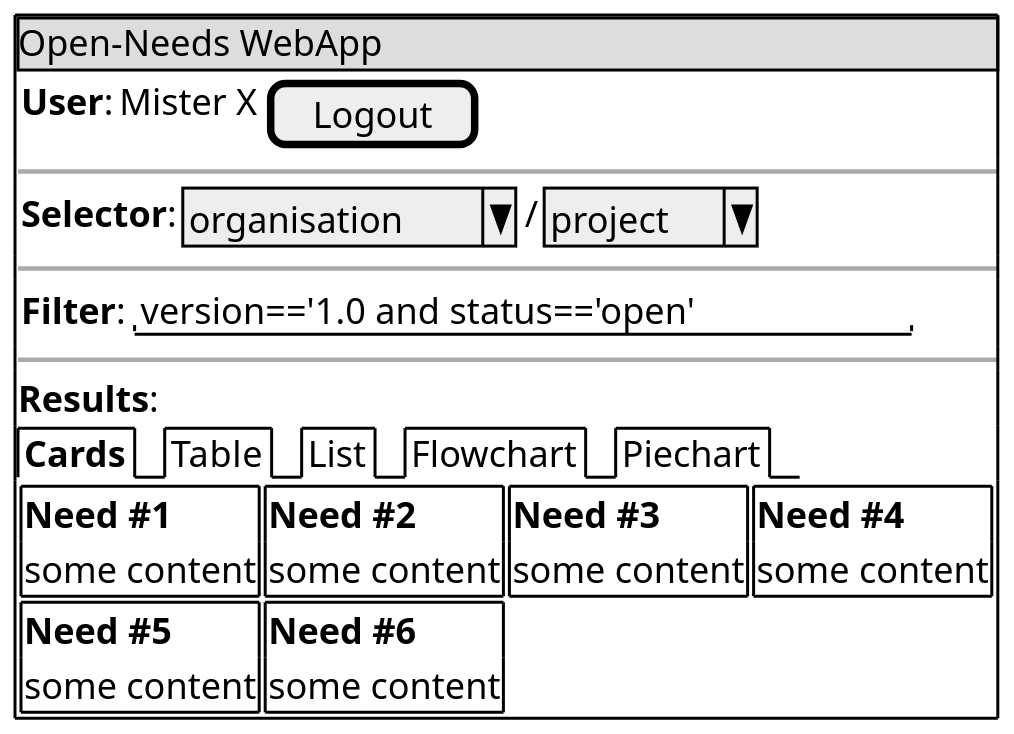
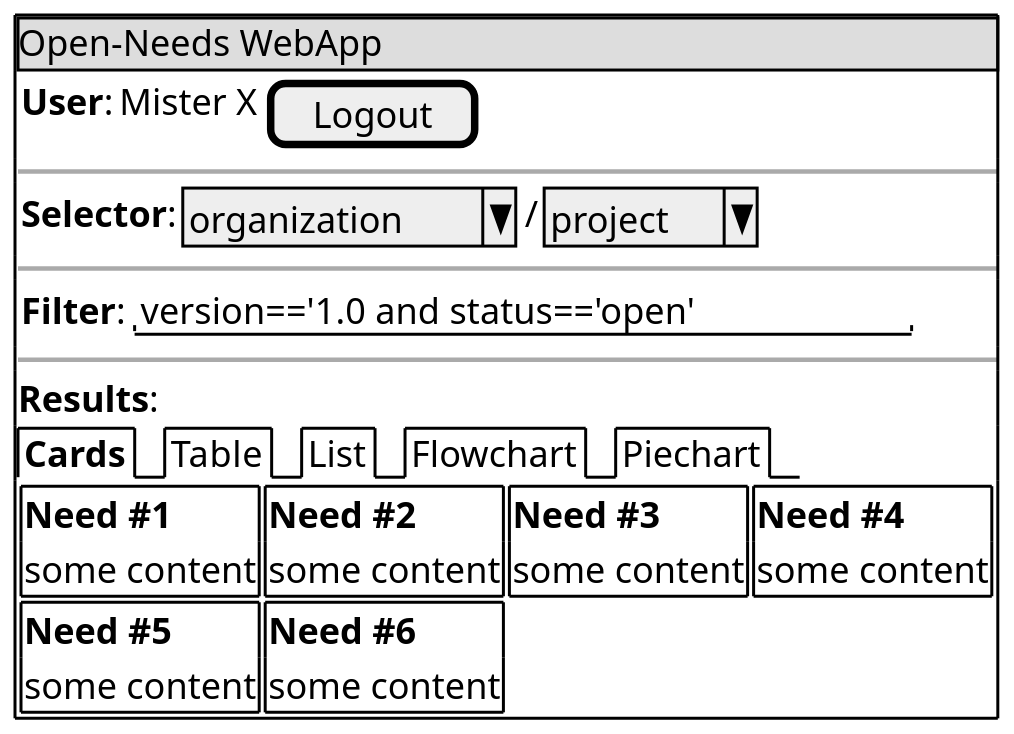
One commit to open-needs/open-needs.github.io changed the diagram in docs/open_needs_webapp.rst. Above: the diagram before and after it, drawn with PlantUML. The commit also changed other lines of this file and 7 other files, not shown here.

Commit message:
Adds organization model and schemas

```diff
--- a/docs/open_needs_webapp.rst
+++ b/docs/open_needs_webapp.rst
@@ -56,40 +56,40 @@
 .. uml::
 
    @startsalt
    scale 2
     {+
         {* Open-Needs WebApp  }
         { **User**: | Mister X | [ Logout ] }
         ~~
-        { **Selector**: |^organisation^ | / | ^project^ | }
+        { **Selector**: |^organization^ | / | ^project^ | }
         ~~
         { **Filter**: | "version=='1.0 and status=='open'"}
         ~~
         **Results**:
         {/ **Cards** | Table | List | Flowchart | Piechart}
         {
             {+ **Need #1**
                 some content
             } | {+
                 **Need #2**
                 some content
             } | {+
                 **Need #3**
                 some content
             } | {+
                 **Need #4**
                 some content
             }
 
             {+
                 **Need #5**
                 some content
             } | {+
                 **Need #6**
                 some content
             }
         }
 
    }
 
    @endsalt
```
